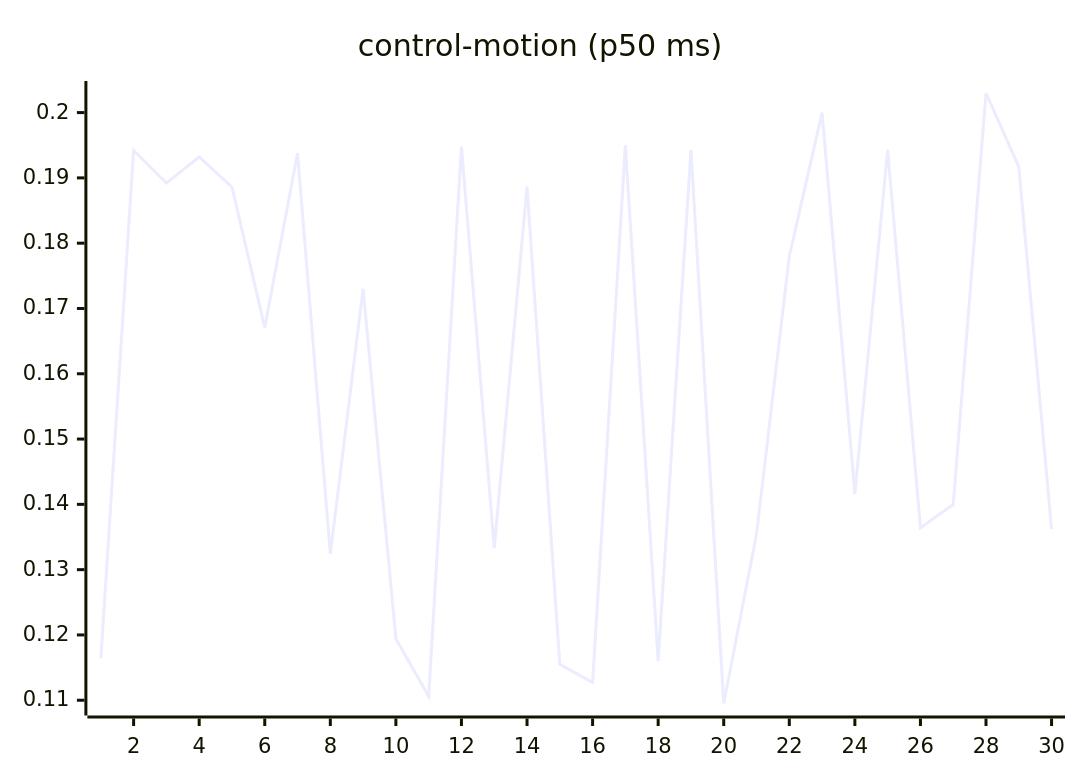
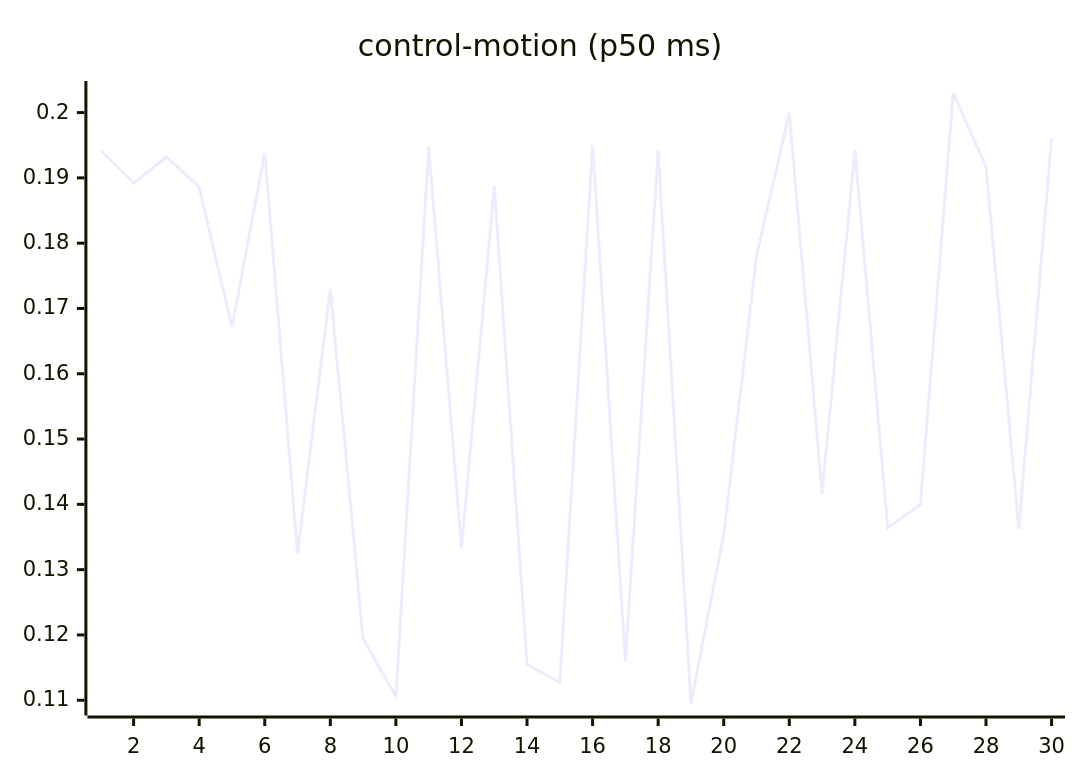
The seventh of 27 diagrams in README.md (josha/Facet), drawn with Mermaid before and after one commit. The commit also changed other lines of this file and 2 other files, not shown here.

````diff
--- a/README.md
+++ b/README.md
@@ -105,6 +105,6 @@
 ```mermaid
 xychart-beta
     title "control-motion (p50 ms)"
     x-axis 1 --> 30
-    line [0.1164, 0.1942, 0.1892, 0.1932, 0.1886, 0.1671, 0.1938, 0.1324, 0.1730, 0.1194, 0.1106, 0.1948, 0.1333, 0.1887, 0.1155, 0.1127, 0.1950, 0.1160, 0.1943, 0.1095, 0.1354, 0.1780, 0.2000, 0.1416, 0.1943, 0.1364, 0.1400, 0.2030, 0.1917, 0.1362]
+    line [0.1942, 0.1892, 0.1932, 0.1886, 0.1671, 0.1938, 0.1324, 0.1730, 0.1194, 0.1106, 0.1948, 0.1333, 0.1887, 0.1155, 0.1127, 0.1950, 0.1160, 0.1943, 0.1095, 0.1354, 0.1780, 0.2000, 0.1416, 0.1943, 0.1364, 0.1400, 0.2030, 0.1917, 0.1362, 0.1961]
 ```
````
